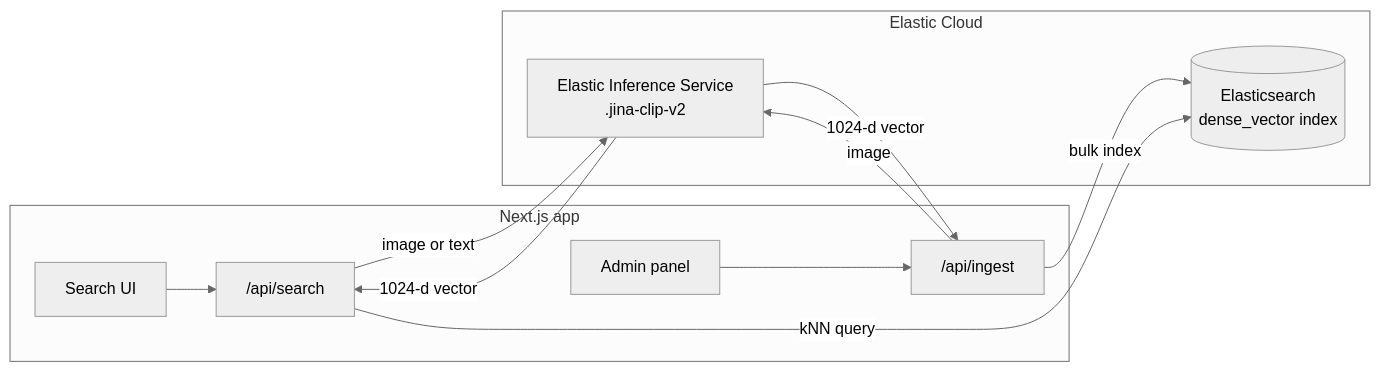
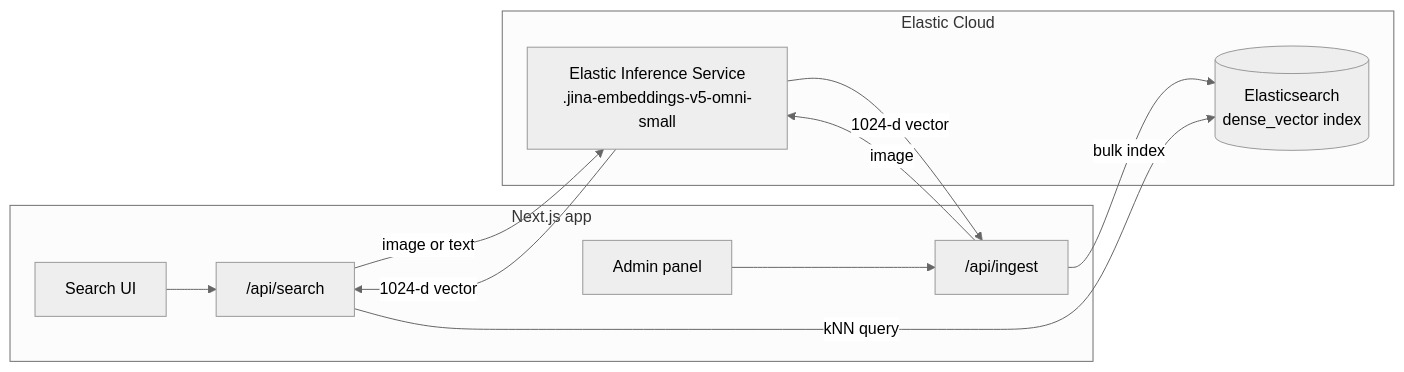
The diagram in README.md (MadhavanAR/elastic-visual-search), drawn with Mermaid (neutral theme) before and after one commit. The commit also changed other lines of this file and 8 other files, not shown here.

First line of the commit message:
feat: default to jina-embeddings-v5-omni-small

````diff
--- a/README.md
+++ b/README.md
@@ -33,16 +33,16 @@
 ```mermaid
 flowchart LR
     subgraph App[Next.js app]
         UI[Search UI] --> S["/api/search"]
         A[Admin panel] --> I["/api/ingest"]
     end
     subgraph Elastic[Elastic Cloud]
-        EIS[Elastic Inference Service<br/>.jina-clip-v2]
+        EIS[Elastic Inference Service<br/>.jina-embeddings-v5-omni-small]
         ES[(Elasticsearch<br/>dense_vector index)]
     end
     I -- image --> EIS
     S -- image or text --> EIS
     EIS -- 1024-d vector --> I & S
     I -- bulk index --> ES
     S -- kNN query --> ES
 ```
````
